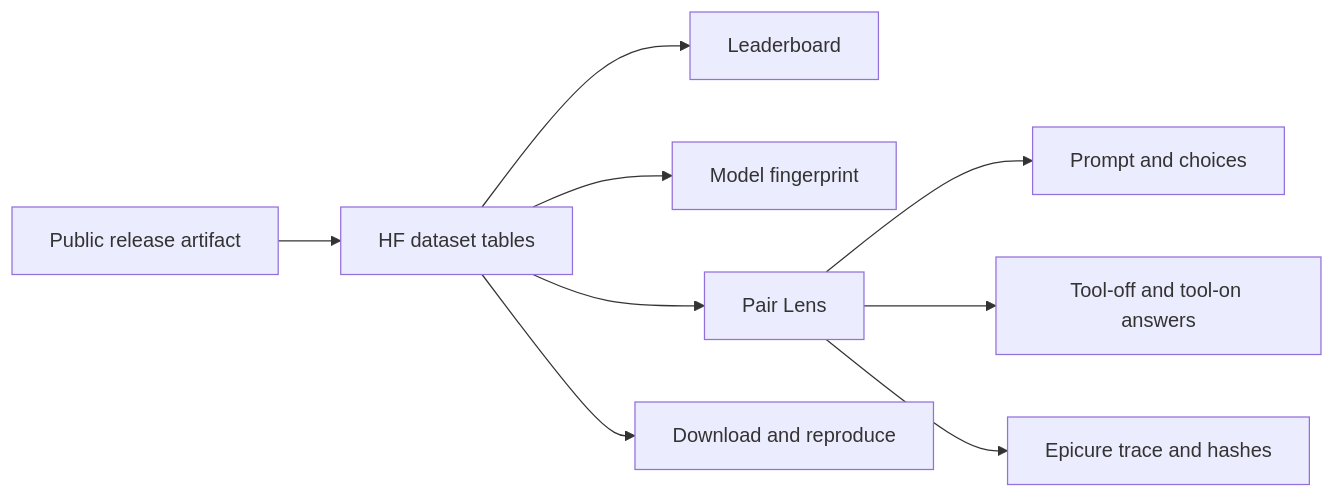
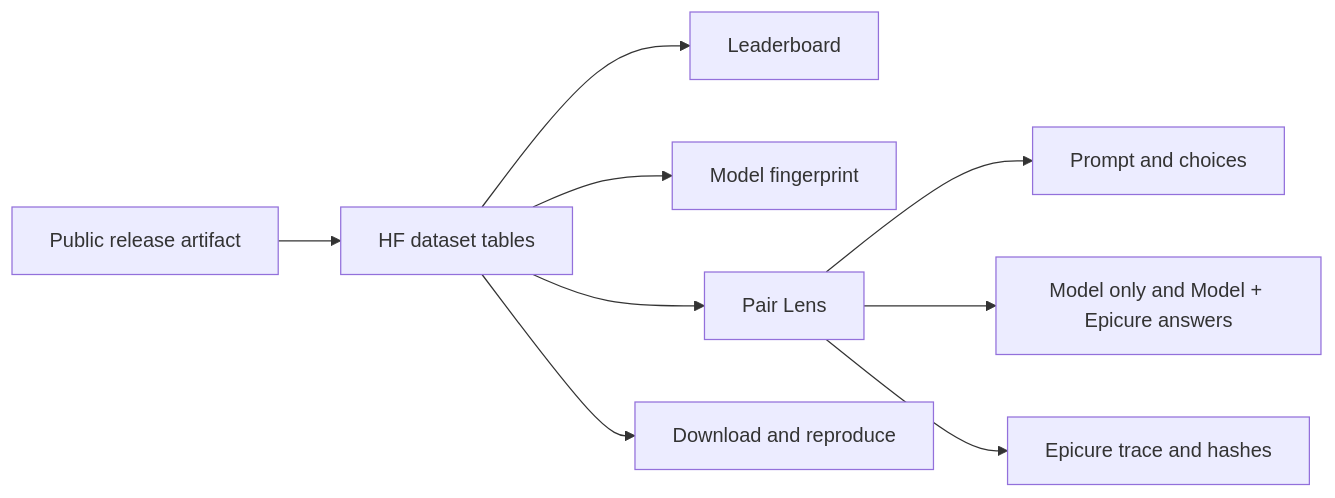
The diagram in docs/huggingface-space-plan.md (josefchen/flavourbench), drawn with Mermaid before and after one commit. The commit also changed other lines of this file and 36 other files, not shown here.

````diff
--- a/docs/huggingface-space-plan.md
+++ b/docs/huggingface-space-plan.md
@@ -34,11 +34,11 @@
 ```mermaid
 flowchart LR
     A["Public release artifact"] --> B["HF dataset tables"]
     B --> C["Leaderboard"]
     B --> D["Model fingerprint"]
     B --> E["Pair Lens"]
     E --> F["Prompt and choices"]
-    E --> G["Tool-off and tool-on answers"]
+    E --> G["Model only and Model + Epicure answers"]
     E --> H["Epicure trace and hashes"]
     B --> I["Download and reproduce"]
 ```
````
